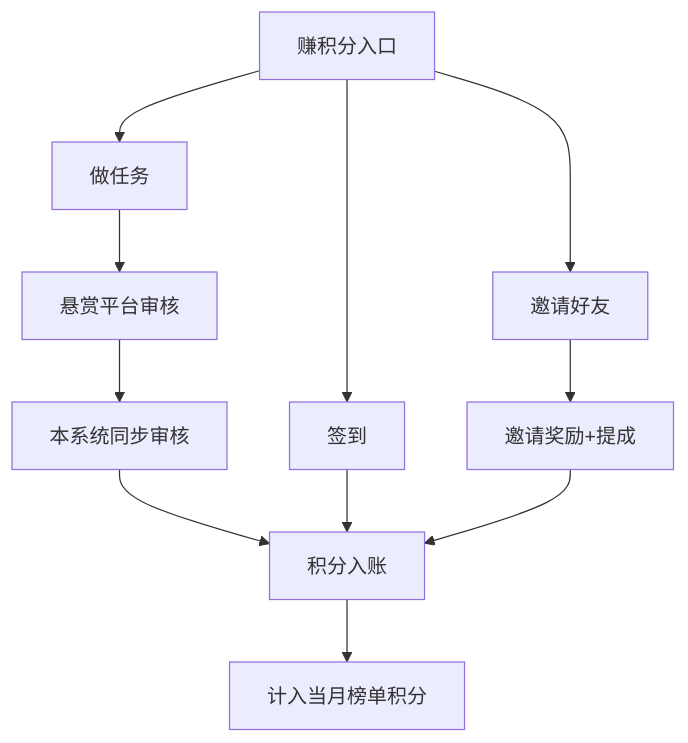
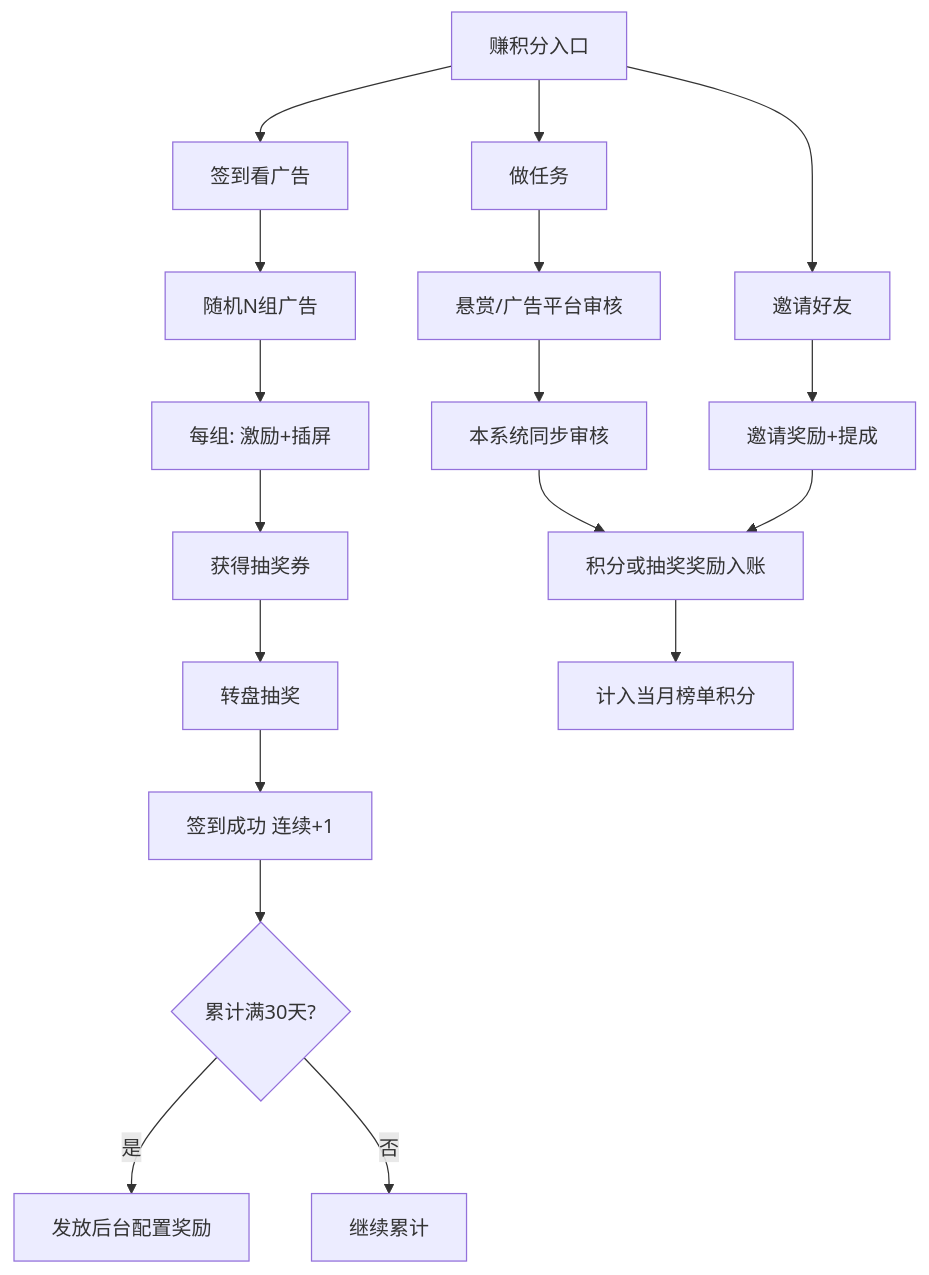
The second of 3 diagrams in 需求文档.md (langrenyoyo/tgg_shop), drawn with Mermaid before and after one commit. The commit also changed other lines of this file and 26 other files, not shown here.

````diff
--- a/需求文档.md
+++ b/需求文档.md
@@ -520,13 +802,20 @@
 ```mermaid
 flowchart TD
-    A[赚积分入口] --> B[签到]
+    A[赚积分入口] --> B[签到看广告]
     A --> C[做任务]
     A --> D[邀请好友]
-    C --> E[悬赏平台审核]
+    B --> B1[随机N组广告]
+    B1 --> B2[每组: 激励+插屏]
+    B2 --> B3[获得抽奖券]
+    B3 --> B4[转盘抽奖]
+    B4 --> B5[签到成功 连续+1]
+    B5 --> B6{累计满30天?}
+    B6 -->|是| B7[发放后台配置奖励]
+    B6 -->|否| B8[继续累计]
+    C --> E[悬赏/广告平台审核]
     E --> F[本系统同步审核]
-    F --> G[积分入账]
-    B --> G
+    F --> G[积分或抽奖奖励入账]
     D --> H[邀请奖励+提成]
     H --> G
     G --> I[计入当月榜单积分]
 ```
````
